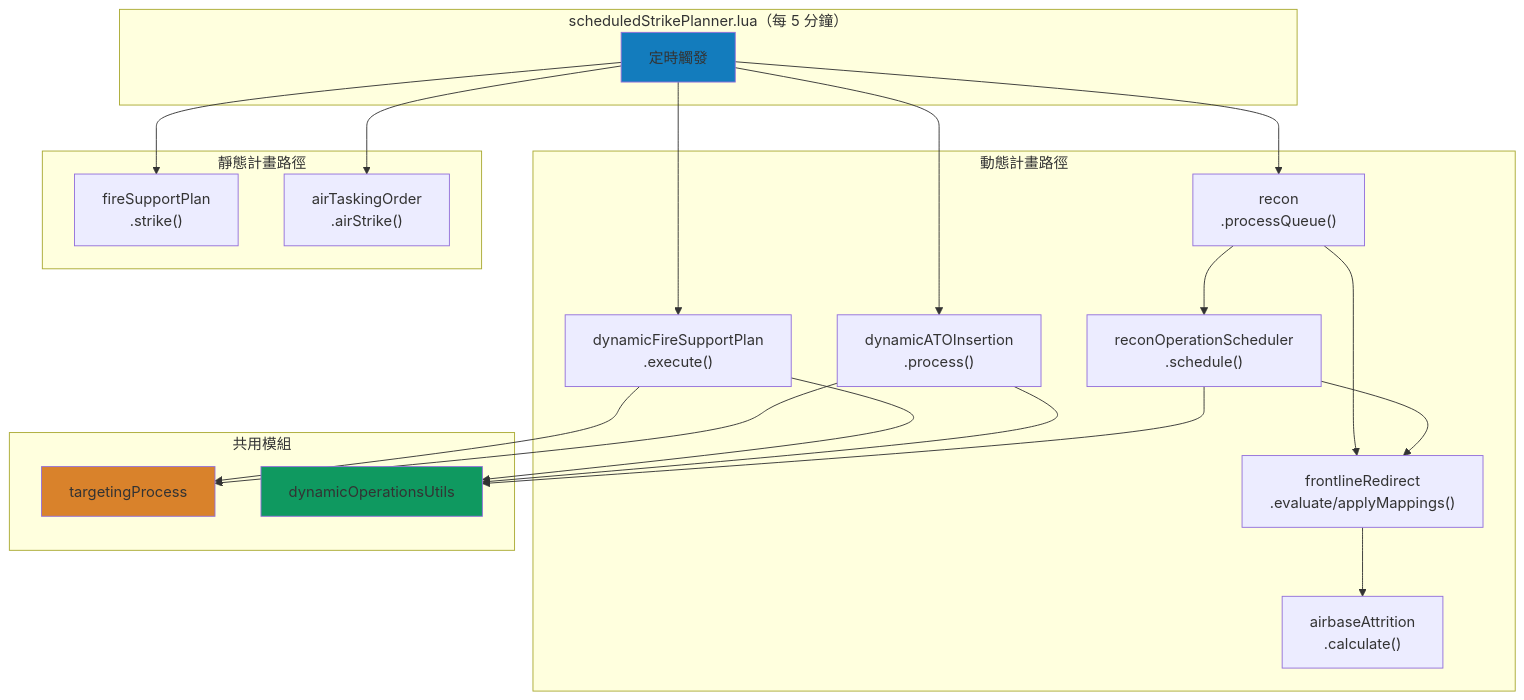
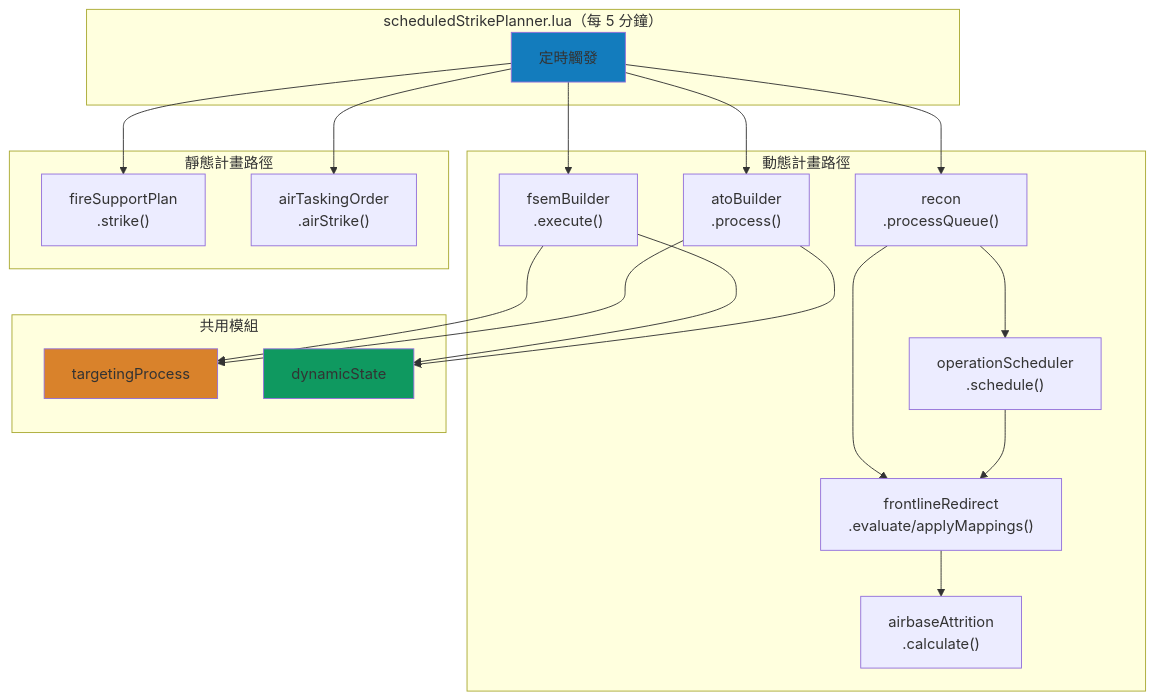
Before and after one commit to pullupjumper/formosa-in-flames: the first of 3 diagrams in docs/strikePlanner/README.md, drawn with Mermaid. The commit also changed other lines of this file and 30 other files, not shown here.

First line of the commit message:
refactor(strike-planner): rename dynamic operation modules

````diff
--- a/docs/strikePlanner/README.md
+++ b/docs/strikePlanner/README.md
@@ -72,45 +72,44 @@
 ```mermaid
 flowchart TB
     subgraph 觸發器["scheduledStrikePlanner.lua（每 5 分鐘）"]
         TRIGGER[定時觸發]
     end
 
     subgraph 動態路徑["動態計畫路徑"]
-        DFSP["dynamicFireSupportPlan<br>.execute()"]
-        DATO["dynamicATOInsertion<br>.process()"]
+        DFSP["fsemBuilder<br>.execute()"]
+        DATO["atoBuilder<br>.process()"]
         RECON["recon<br>.processQueue()"]
-        RSCHED["reconOperationScheduler<br>.schedule()"]
+        RSCHED["operationScheduler<br>.schedule()"]
         FREDIR["frontlineRedirect<br>.evaluate/applyMappings()"]
         ATTR["airbaseAttrition<br>.calculate()"]
     end
 
     subgraph 靜態路徑["靜態計畫路徑"]
         FSP["fireSupportPlan<br>.strike()"]
         ATO["airTaskingOrder<br>.airStrike()"]
     end
 
     subgraph 共用模組
         TP["targetingProcess"]
-        DOU["dynamicOperationsUtils"]
+        DSTATE["dynamicState"]
     end
 
     TRIGGER --> DFSP
     TRIGGER --> DATO
     TRIGGER --> RECON
     TRIGGER --> FSP
     TRIGGER --> ATO
 
     DFSP --> TP
-    DFSP --> DOU
+    DFSP --> DSTATE
     DATO --> TP
-    DATO --> DOU
+    DATO --> DSTATE
     RECON --> RSCHED
     RECON --> FREDIR
     RSCHED --> FREDIR
-    RSCHED --> DOU
     FREDIR --> ATTR
 
     style TRIGGER fill:#137cbd
     style TP fill:#d9822b
-    style DOU fill:#0f9960
+    style DSTATE fill:#0f9960
 ```
````
